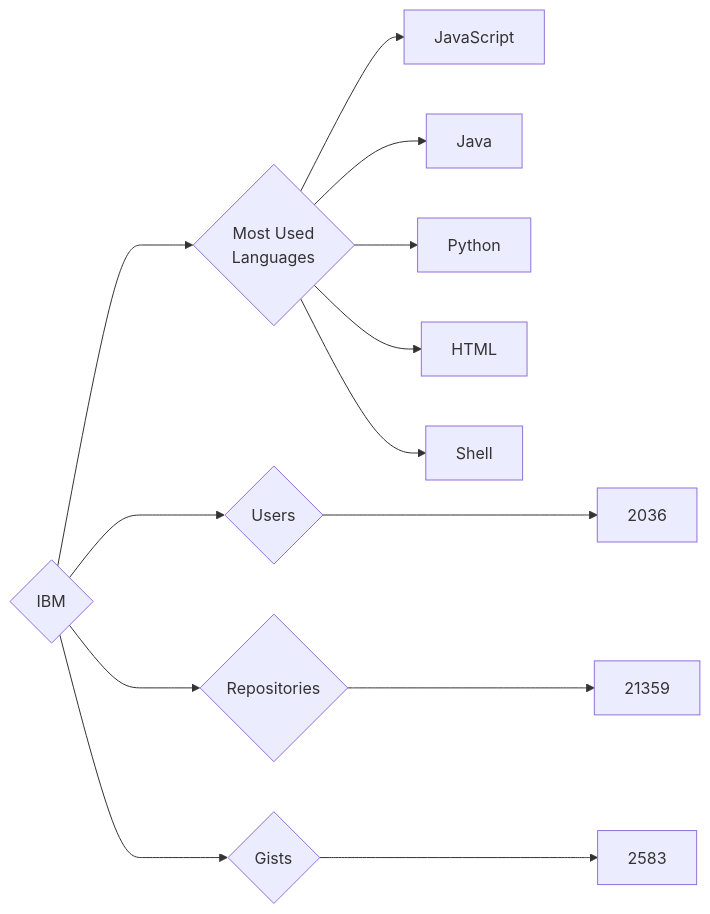
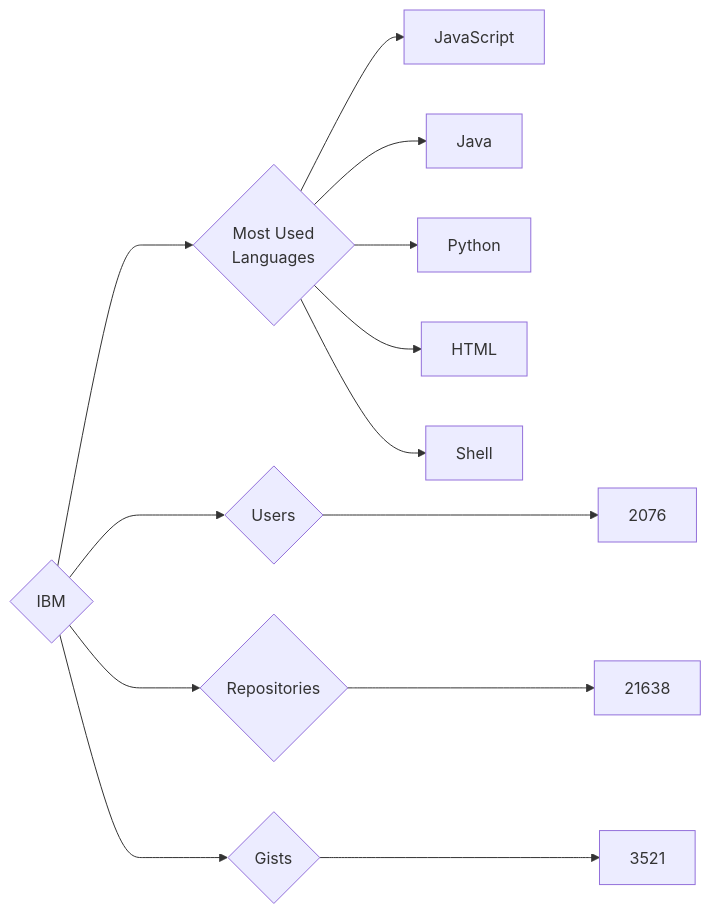
Before and after one commit to trickest/insiders: the diagram in targets/IBM/README.md, drawn with Mermaid. The commit also changed 873 other files, not shown here.

````diff
--- a/targets/IBM/README.md
+++ b/targets/IBM/README.md
@@ -3,13 +3,13 @@
 ```mermaid
 graph LR
 COMPANY_NAME{IBM}
-COMPANY_NAME ---> U{Users} ---> UN[2036]
-COMPANY_NAME ---> R{Repositories} ---> RN[21359]
-COMPANY_NAME ---> G{Gists} ---> GN[2583]
+COMPANY_NAME ---> U{Users} ---> UN[2076]
+COMPANY_NAME ---> R{Repositories} ---> RN[21638]
+COMPANY_NAME ---> G{Gists} ---> GN[3521]
 COMPANY_NAME ---> ML{Most Used<br>Languages}
 ML --> JavaScript[JavaScript]
 ML --> Java[Java]
 ML --> Python[Python]
 ML --> HTML[HTML]
 ML --> Shell[Shell]
 ```
````
